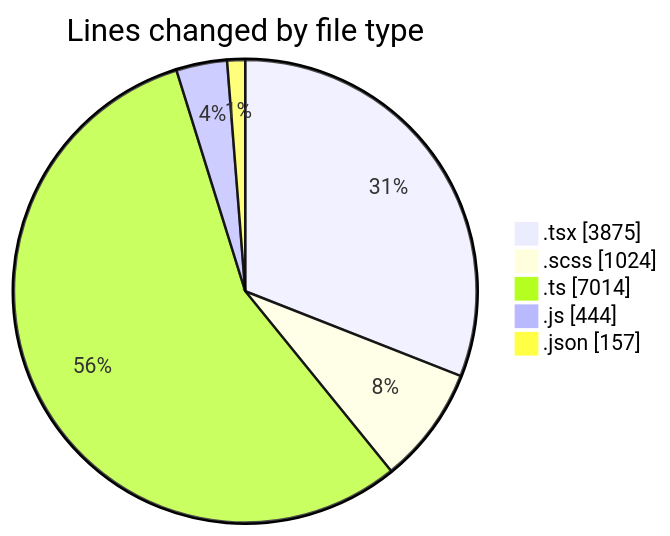
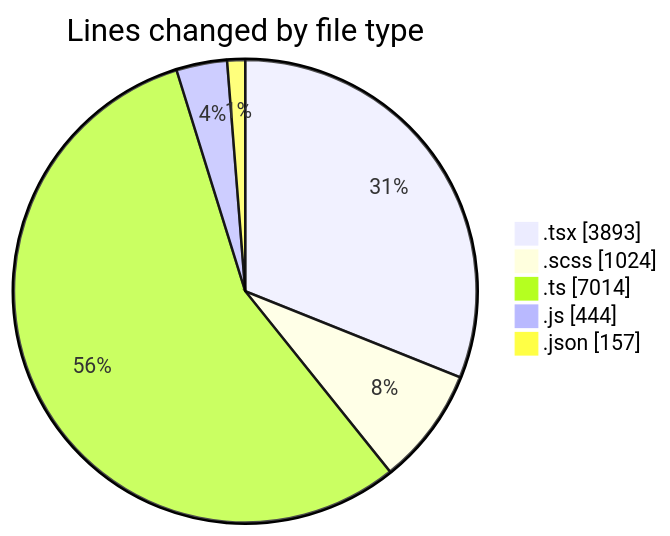
Before and after one commit to momahboobian/code-tracking: the first of 2 diagrams in 2026-04-23/cda/README.md, drawn with Mermaid. The commit also changed other lines of this file and 1 other file, not shown here.

````diff
--- a/2026-04-23/cda/README.md
+++ b/2026-04-23/cda/README.md
@@ -43,9 +43,9 @@
 ```mermaid
 pie showData
 title Lines changed by file type
-".tsx" : 3875
+".tsx" : 3893
 ".scss" : 1024
 ".ts" : 7014
 ".js" : 444
 ".json" : 157
 ```
````
